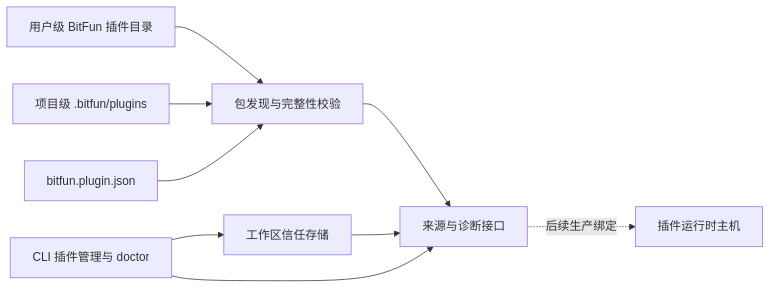
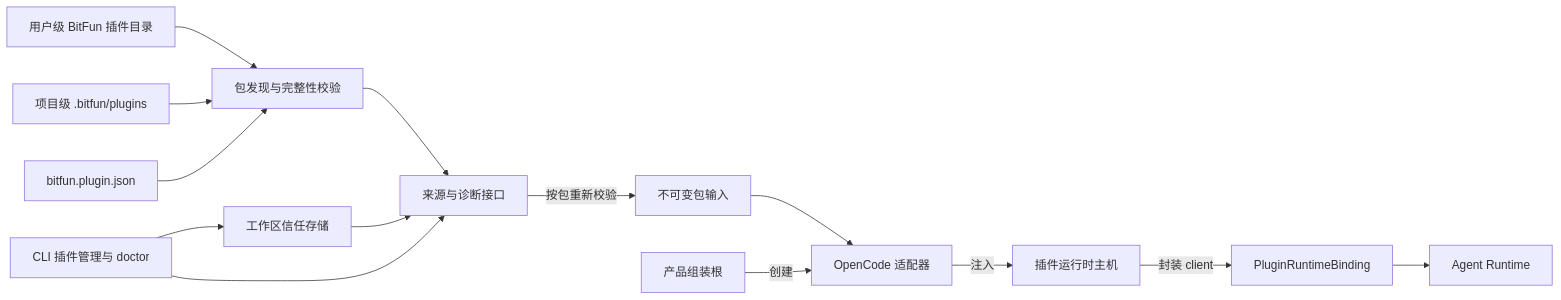
Before and after one commit to 1688mengdie/BitFun: the second of 2 diagrams in docs/architecture/product-architecture.md, drawn with Mermaid. The commit also changed other lines of this file and 19 other files, not shown here.

First line of the commit message:
refactor(plugins): load OpenCode adapters from managed packages

````diff
--- a/docs/architecture/product-architecture.md
+++ b/docs/architecture/product-architecture.md
@@ -139,11 +139,16 @@
 ```mermaid
 flowchart LR
   UserRoot["用户级 BitFun 插件目录"] --> Discovery["包发现与完整性校验"]
   WorkspaceRoot["项目级 .bitfun/plugins"] --> Discovery
   Manifest["bitfun.plugin.json"] --> Discovery
-  Discovery --> Snapshot["来源与诊断接口"]
-  Trust["工作区信任存储"] --> Snapshot
-  CLI["CLI 插件管理与 doctor"] --> Snapshot
+  Discovery --> SourceView["来源与诊断接口"]
+  Trust["工作区信任存储"] --> SourceView
+  CLI["CLI 插件管理与 doctor"] --> SourceView
   CLI --> Trust
-  Snapshot -.->|后续生产绑定| Host["插件运行时主机"]
+  SourceView -->|按包重新校验| PackageInput["不可变包输入"]
+  PackageInput --> Adapter["OpenCode 适配器"]
+  Assembly["产品组装根"] -->|创建| Adapter
+  Adapter -->|注入| Host["插件运行时主机"]
+  Host -->|封装 client| RuntimeBinding["PluginRuntimeBinding"]
+  RuntimeBinding --> AgentRuntime["Agent Runtime"]
 ```
````
